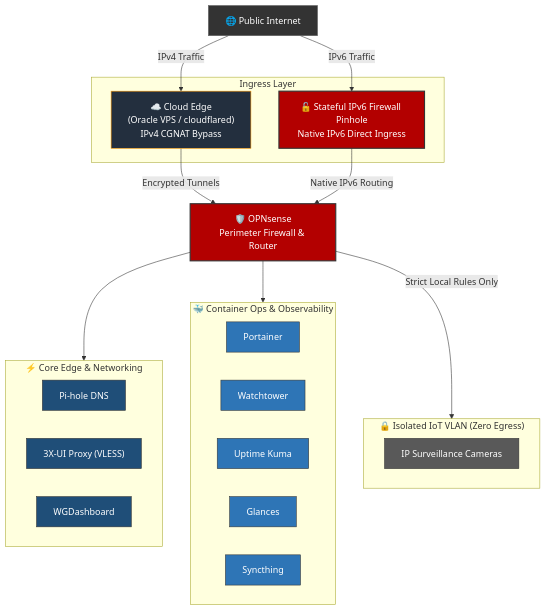
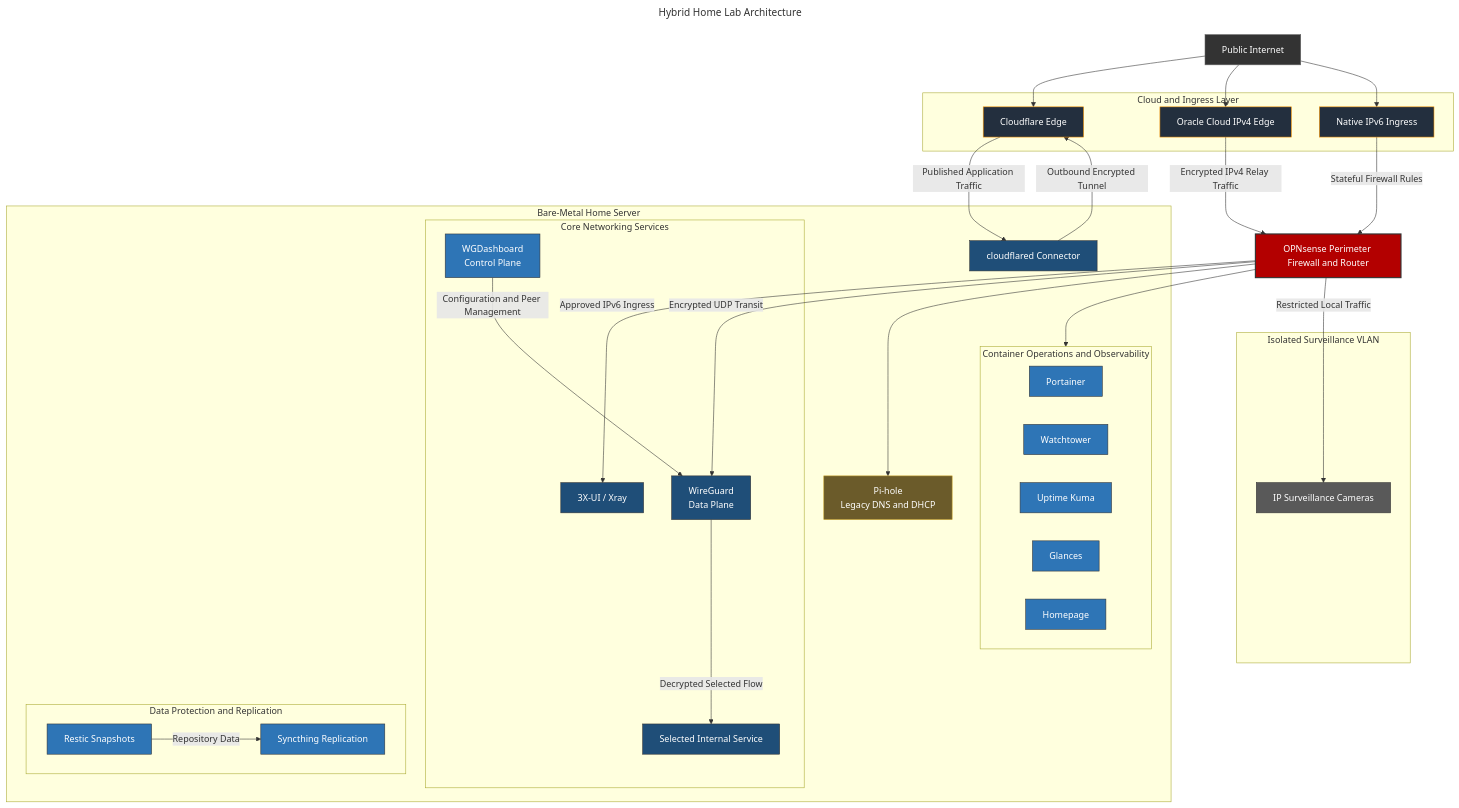
Before and after one commit to WildeBeast2521/homelab-portfolio: the diagram in README.md, drawn with Mermaid. The commit also changed other lines of this file and 17 other files, not shown here.

Commit message:
Refactor and add configuration for all services except WIP

````diff
--- a/README.md
+++ b/README.md
@@ -21,45 +35,71 @@
 ```mermaid
+---
+title: Hybrid Home Lab Architecture
+---
 flowchart TD
     classDef cloud fill:#232F3E,stroke:#FF9900,color:#fff;
     classDef firewall fill:#b30000,stroke:#333,color:#fff,stroke-width:2px;
     classDef core fill:#1f4e78,stroke:#333,color:#fff;
     classDef ops fill:#2e75b6,stroke:#333,color:#fff;
     classDef iot fill:#595959,stroke:#333,color:#fff;
+    classDef legacy fill:#6b5b2a,stroke:#c9a227,color:#fff;
     classDef net fill:#333,stroke:#666,color:#fff;
 
-    Internet["🌐 Public Internet"]:::net
+    Internet["Public Internet"]:::net
 
-    subgraph Ingress["Ingress Layer"]
-        CloudEdge["☁️ Cloud Edge<br/>(Oracle VPS / cloudflared)<br/>IPv4 CGNAT Bypass"]:::cloud
-        IPv6Pinhole["🔓 Stateful IPv6 Firewall Pinhole<br/>Native IPv6 Direct Ingress"]:::firewall
+    subgraph Cloud["Cloud and Ingress Layer"]
+        Cloudflare["Cloudflare Edge"]:::cloud
+        Oracle["Oracle Cloud IPv4 Edge"]:::cloud
+        IPv6Ingress["Native IPv6 Ingress"]:::cloud
     end
 
-    OPNsense["🛡️ OPNsense<br/>Perimeter Firewall & Router"]:::firewall
+    OPNsense["OPNsense Perimeter Firewall and Router"]:::firewall
 
-    subgraph CoreEdge["⚡ Core Edge & Networking"]
-        PiHole["Pi-hole DNS"]:::core
-        Proxy3XUI["3X-UI Proxy (VLESS)"]:::core
-        WGDash["WGDashboard"]:::core
+    subgraph HomeServer["Bare-Metal Home Server"]
+        Cloudflared["cloudflared Connector"]:::core
+
+        subgraph CoreServices["Core Networking Services"]
+            Proxy3XUI["3X-UI / Xray"]:::core
+            WGDash["WGDashboard<br/>Control Plane"]:::ops
+            WGData["WireGuard<br/>Data Plane"]:::core
+            RelayTarget["Selected Internal Service"]:::core
+        end
+
+        subgraph ContainerOps["Container Operations and Observability"]
+            Portainer["Portainer"]:::ops
+            Watchtower["Watchtower"]:::ops
+            UptimeKuma["Uptime Kuma"]:::ops
+            Glances["Glances"]:::ops
+            Homepage["Homepage"]:::ops
+        end
+
+        subgraph DataProtection["Data Protection and Replication"]
+            Restic["Restic Snapshots"]:::ops
+            Syncthing["Syncthing Replication"]:::ops
+        end
+
+        PiHole["Pi-hole<br/>Legacy DNS and DHCP"]:::legacy
     end
 
-    subgraph ContainerOps["🐳 Container Ops & Observability"]
-        Portainer["Portainer"]:::ops
-        Watchtower["Watchtower"]:::ops
-        UptimeKuma["Uptime Kuma"]:::ops
-        Glances["Glances"]:::ops
-        Syncthing["Syncthing"]:::ops
-    end
-
-    subgraph IoT["🔒 Isolated IoT VLAN (Zero Egress)"]
+    subgraph IoT["Isolated Surveillance VLAN"]
         Cameras["IP Surveillance Cameras"]:::iot
     end
 
-    Internet -->|IPv4 Traffic| CloudEdge
-    Internet -->|IPv6 Traffic| IPv6Pinhole
+    Internet --> Cloudflare
+    Internet --> Oracle
+    Internet --> IPv6Ingress
 
-    CloudEdge -->|Encrypted Tunnels| OPNsense
-    IPv6Pinhole -->|Native IPv6 Routing| OPNsense
-    OPNsense --> CoreEdge
+    Cloudflared -->|Outbound Encrypted Tunnel| Cloudflare
+    Cloudflare -->|Published Application Traffic| Cloudflared
+    Oracle -->|Encrypted IPv4 Relay Traffic| OPNsense
+    IPv6Ingress -->|Stateful Firewall Rules| OPNsense
+
+    OPNsense -->|Approved IPv6 Ingress| Proxy3XUI
+    OPNsense -->|Encrypted UDP Transit| WGData
+    WGDash -->|Configuration and Peer Management| WGData
+    WGData -->|Decrypted Selected Flow| RelayTarget
     OPNsense --> ContainerOps
-    OPNsense -->|Strict Local Rules Only| IoT
+    Restic -->|Repository Data| Syncthing
+    OPNsense --> PiHole
+    OPNsense -->|Restricted Local Traffic| Cameras
 ```
````
